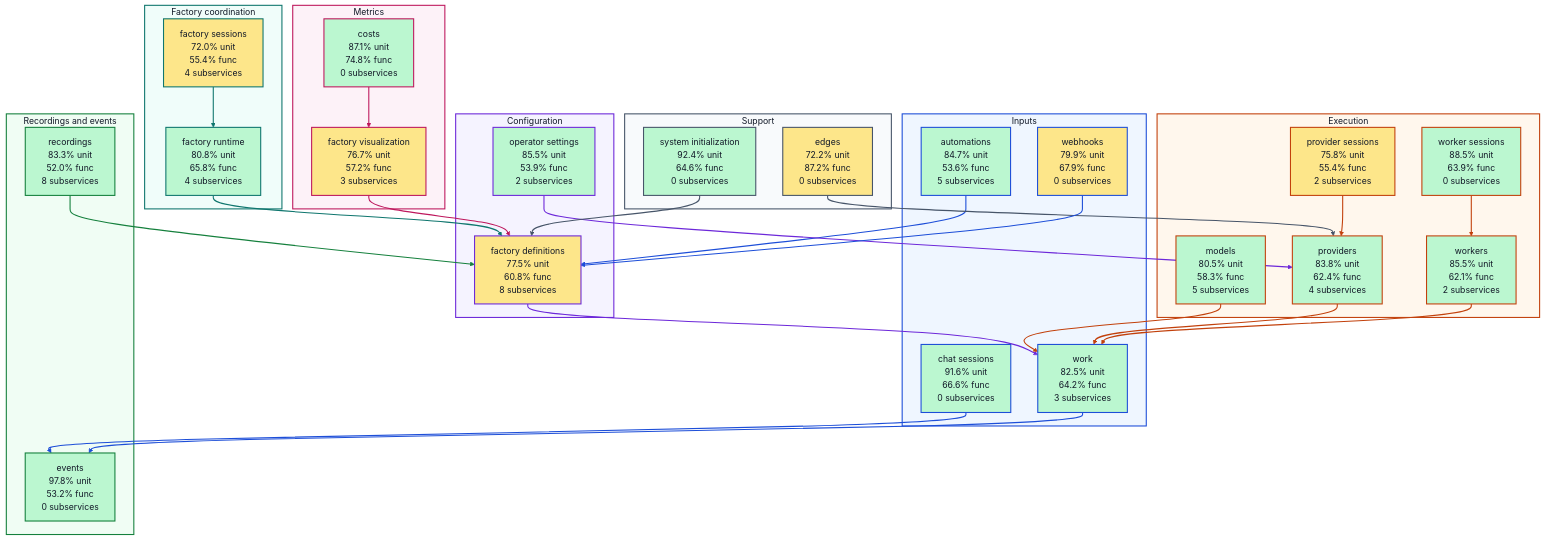
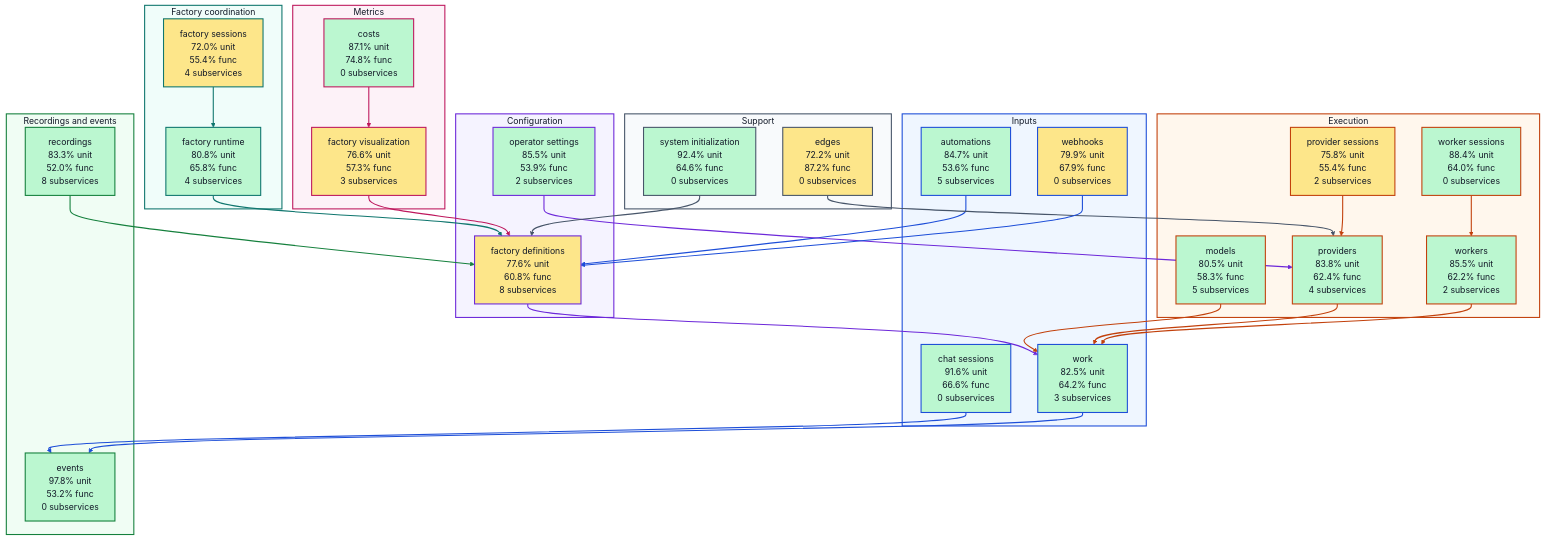
Before and after one commit to portpowered/you-agent-factory: the diagram in docs/architecture/visualizations/high-level-test-coverage.md, drawn with Mermaid. The commit also changed other lines of this file and 20 other files, not shown here.

Commit message:
docs: refresh backend architecture visualizations

```diff
--- a/docs/architecture/visualizations/high-level-test-coverage.md
+++ b/docs/architecture/visualizations/high-level-test-coverage.md
@@ -17,7 +17,7 @@
     s_services_work["work<br/>82.5% unit<br/>64.2% func<br/>3 subservices"]
   end
   subgraph configuration["Configuration"]
-    s_services_factory_definitions["factory definitions<br/>77.5% unit<br/>60.8% func<br/>8 subservices"]
+    s_services_factory_definitions["factory definitions<br/>77.6% unit<br/>60.8% func<br/>8 subservices"]
     s_services_operator_settings["operator settings<br/>85.5% unit<br/>53.9% func<br/>2 subservices"]
   end
   subgraph coordination["Factory coordination"]
@@ -28,8 +28,8 @@
     s_services_models["models<br/>80.5% unit<br/>58.3% func<br/>5 subservices"]
     s_services_provider_sessions["provider sessions<br/>75.8% unit<br/>55.4% func<br/>2 subservices"]
     s_services_providers["providers<br/>83.8% unit<br/>62.4% func<br/>4 subservices"]
-    s_services_worker_sessions["worker sessions<br/>88.5% unit<br/>63.9% func<br/>0 subservices"]
-    s_services_workers["workers<br/>85.5% unit<br/>62.1% func<br/>2 subservices"]
+    s_services_worker_sessions["worker sessions<br/>88.4% unit<br/>64.0% func<br/>0 subservices"]
+    s_services_workers["workers<br/>85.5% unit<br/>62.2% func<br/>2 subservices"]
   end
   subgraph recordings["Recordings and events"]
     s_services_events["events<br/>97.8% unit<br/>53.2% func<br/>0 subservices"]
@@ -37,7 +37,7 @@
   end
   subgraph metrics["Metrics"]
     s_services_costs["costs<br/>87.1% unit<br/>74.8% func<br/>0 subservices"]
-    s_services_factory_visualization["factory visualization<br/>76.7% unit<br/>57.2% func<br/>3 subservices"]
+    s_services_factory_visualization["factory visualization<br/>76.6% unit<br/>57.3% func<br/>3 subservices"]
   end
   subgraph support["Support"]
     s_services_edges["edges<br/>72.2% unit<br/>87.2% func<br/>0 subservices"]
```
